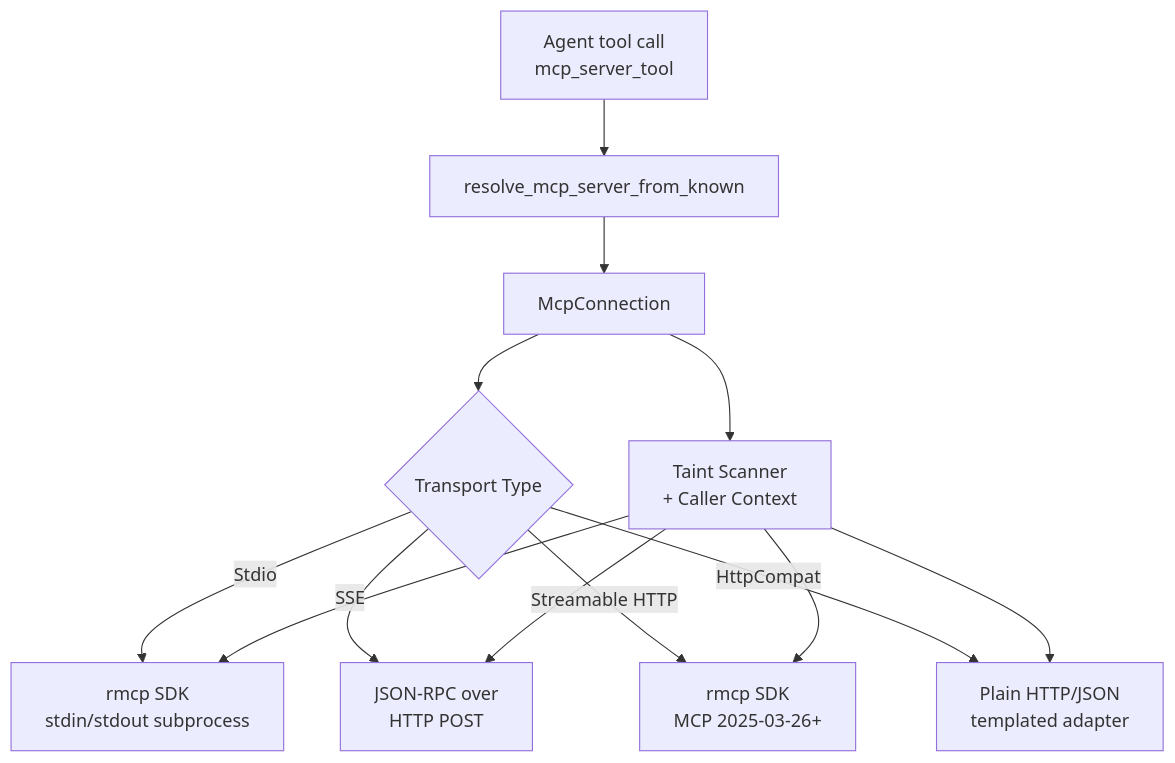
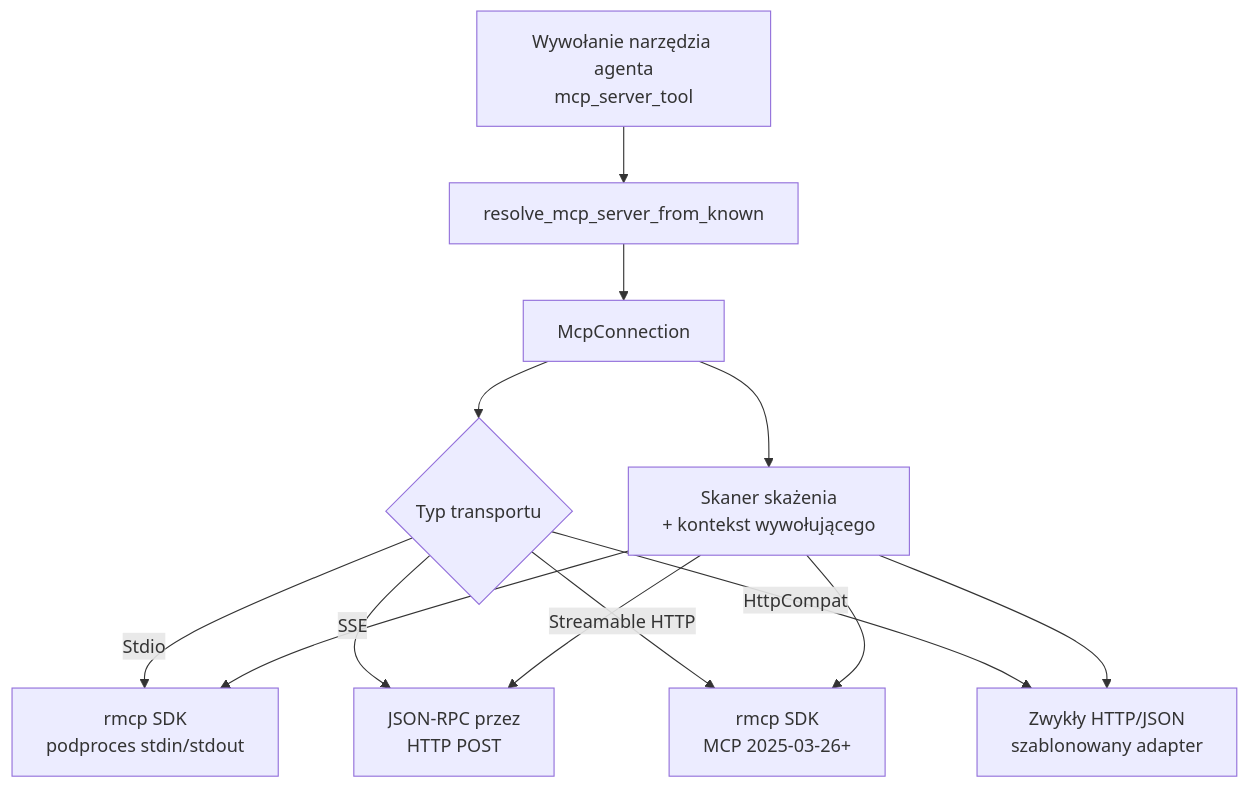
One commit to leszek3737/librefang-WIki changed the first of 2 diagrams in crates-librefang-runtime-mcp.md. Above: the diagram before and after it, drawn with Mermaid. The commit also changed other lines of this file and 104 other files, not shown here.

````diff
--- a/crates-librefang-runtime-mcp.md
+++ b/crates-librefang-runtime-mcp.md
@@ -9,15 +9,15 @@
 ```mermaid
 graph TD
-    A["Agent tool call<br/>mcp_server_tool"] --> B[resolve_mcp_server_from_known]
+    A["Wywołanie narzędzia agenta<br/>mcp_server_tool"] --> B[resolve_mcp_server_from_known]
     B --> C[McpConnection]
-    C --> D{Transport Type}
-    D -->|Stdio| E["rmcp SDK<br/>stdin/stdout subprocess"]
-    D -->|SSE| F["JSON-RPC over<br/>HTTP POST"]
+    C --> D{Typ transportu}
+    D -->|Stdio| E["rmcp SDK<br/>podproces stdin/stdout"]
+    D -->|SSE| F["JSON-RPC przez<br/>HTTP POST"]
     D -->|Streamable HTTP| G["rmcp SDK<br/>MCP 2025-03-26+"]
-    D -->|HttpCompat| H["Plain HTTP/JSON<br/>templated adapter"]
-    C --> I["Taint Scanner<br/>+ Caller Context"]
+    D -->|HttpCompat| H["Zwykły HTTP/JSON<br/>szablonowany adapter"]
+    C --> I["Skaner skażenia<br/>+ kontekst wywołującego"]
     I --> E
     I --> F
     I --> G
     I --> H
 ```
````
